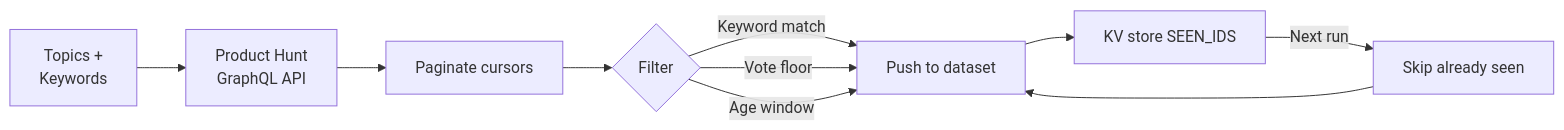
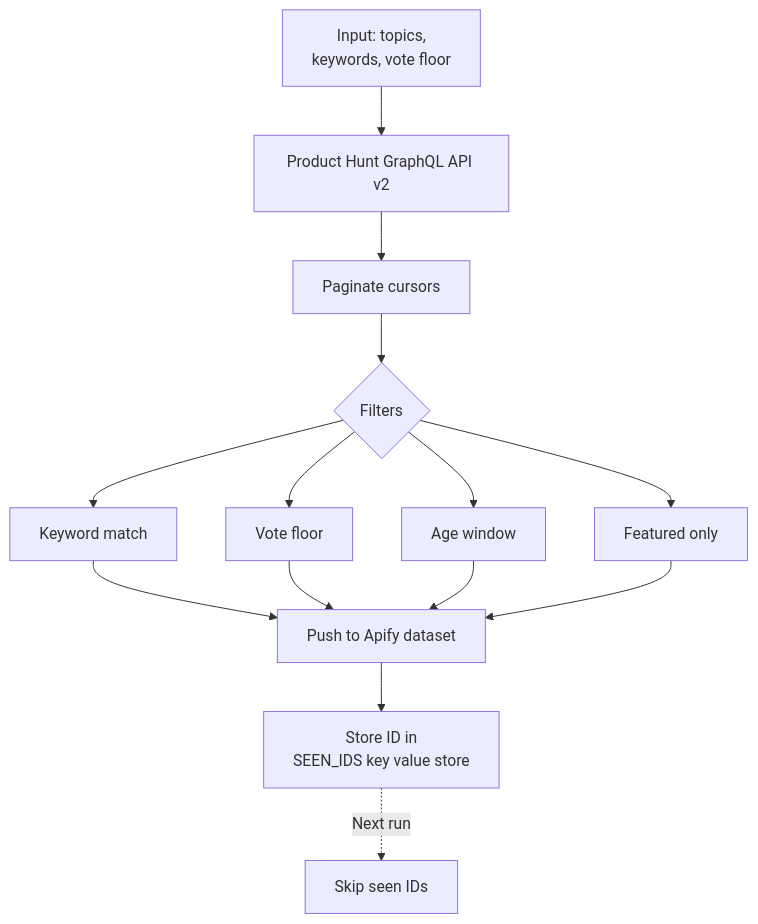
Before and after one commit to Ken-Mutisya/scrapemint: the second of 3 diagrams in actors/producthunt-launch-tracker/README.md, drawn with Mermaid. The commit also changed other lines of this file and 3 other files, not shown here.

First line of the commit message:
Tighten Reddit, HN, Product Hunt, and Amazon READMEs for organic search

````diff
--- a/actors/producthunt-launch-tracker/README.md
+++ b/actors/producthunt-launch-tracker/README.md
@@ -34,12 +36,13 @@
 ```mermaid
-flowchart LR
-    A[Topics +<br/>Keywords] --> B[Product Hunt<br/>GraphQL API]
+flowchart TD
+    A[Input: topics,<br/>keywords, vote floor] --> B[Product Hunt GraphQL API v2]
     B --> C[Paginate cursors]
-    C --> D{Filter}
-    D -->|Keyword match| E[Push to dataset]
-    D -->|Vote floor| E
-    D -->|Age window| E
-    E --> F[KV store SEEN_IDS]
-    F -->|Next run| G[Skip already seen]
-    G --> E
+    C --> D{Filters}
+    D --> E[Keyword match]
+    D --> F[Vote floor]
+    D --> G[Age window]
+    D --> H[Featured only]
+    E & F & G & H --> I[Push to Apify dataset]
+    I --> J[Store ID in<br/>SEEN_IDS key value store]
+    J -.->|Next run| K[Skip seen IDs]
 ```
````
